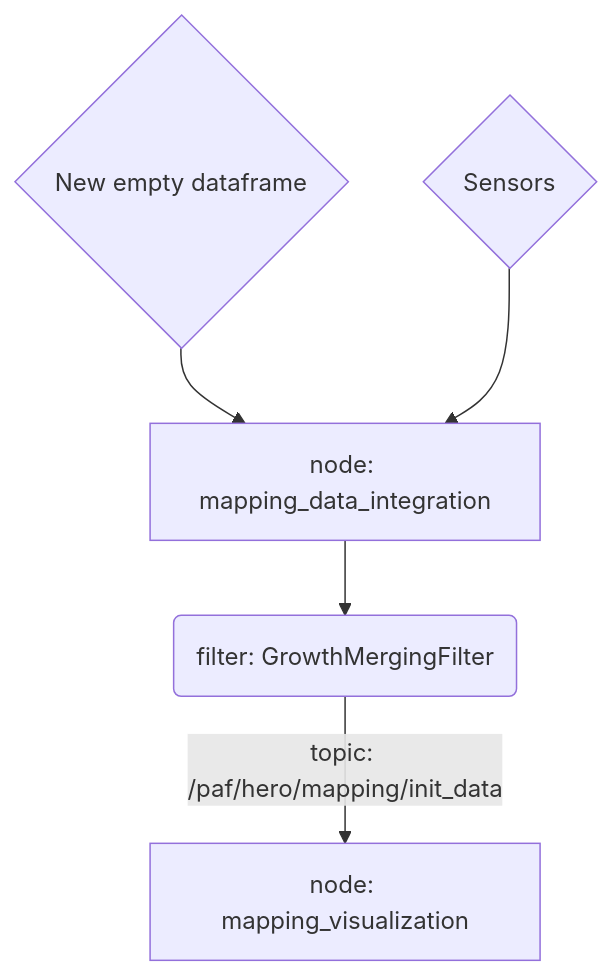
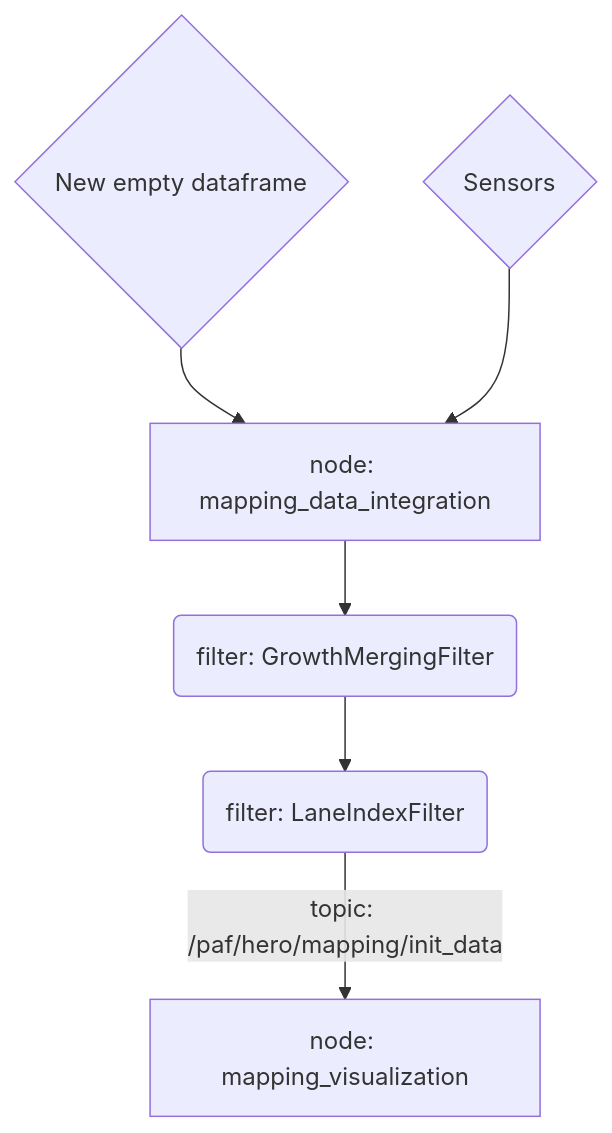
Before and after one commit to una-auxme/paf: the diagram in code/mapping/README.md, drawn with Mermaid. The commit also changed 1 other file, not shown here.

````diff
--- a/code/mapping/README.md
+++ b/code/mapping/README.md
@@ -32,7 +32,8 @@
 ```mermaid
 flowchart TD
     NF{New empty dataframe} --> A[node: mapping_data_integration]
     S{Sensors} --> A
     A --> F1(filter: GrowthMergingFilter)
-    F1 -->|topic: /paf/hero/mapping/init_data| 1[node: mapping_visualization]
+    F1 --> F2(filter: LaneIndexFilter)
+    F2 -->|topic: /paf/hero/mapping/init_data| 1[node: mapping_visualization]
 ```
````
